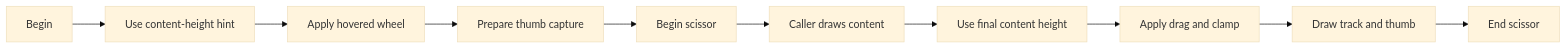
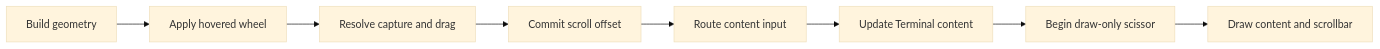
Before and after one commit to derekshoneycutt/Euclid: the fourth of 5 diagrams in docs/wiki/Guides/UiSystem.md, drawn with Mermaid (base theme). The commit also changed other lines of this file and 11 other files, not shown here.

Commit message:
Resolve Terminal Scrollbar and Content Before Terminal Processing

````diff
--- a/docs/wiki/Guides/UiSystem.md
+++ b/docs/wiki/Guides/UiSystem.md
@@ -447,16 +448,13 @@
 ```mermaid
 flowchart LR
-    Begin[Begin]
-    Hint[Use content-height hint]
+    Geometry[Build geometry]
     Wheel[Apply hovered wheel]
-    Capture[Prepare thumb capture]
-    Scissor[Begin scissor]
-    Content[Caller draws content]
-    Final[Use final content height]
-    Drag[Apply drag and clamp]
-    Draw[Draw track and thumb]
-    End[End scissor]
+    Capture[Resolve capture and drag]
+    Commit[Commit scroll offset]
+    Route[Route content input]
+    Service[Update Terminal content]
+    Scissor[Begin draw-only scissor]
+    Draw[Draw content and scrollbar]
 
-    Begin --> Hint --> Wheel --> Capture --> Scissor --> Content
-    Content --> Final --> Drag --> Draw --> End
+    Geometry --> Wheel --> Capture --> Commit --> Route --> Service --> Scissor --> Draw
 ```
````
